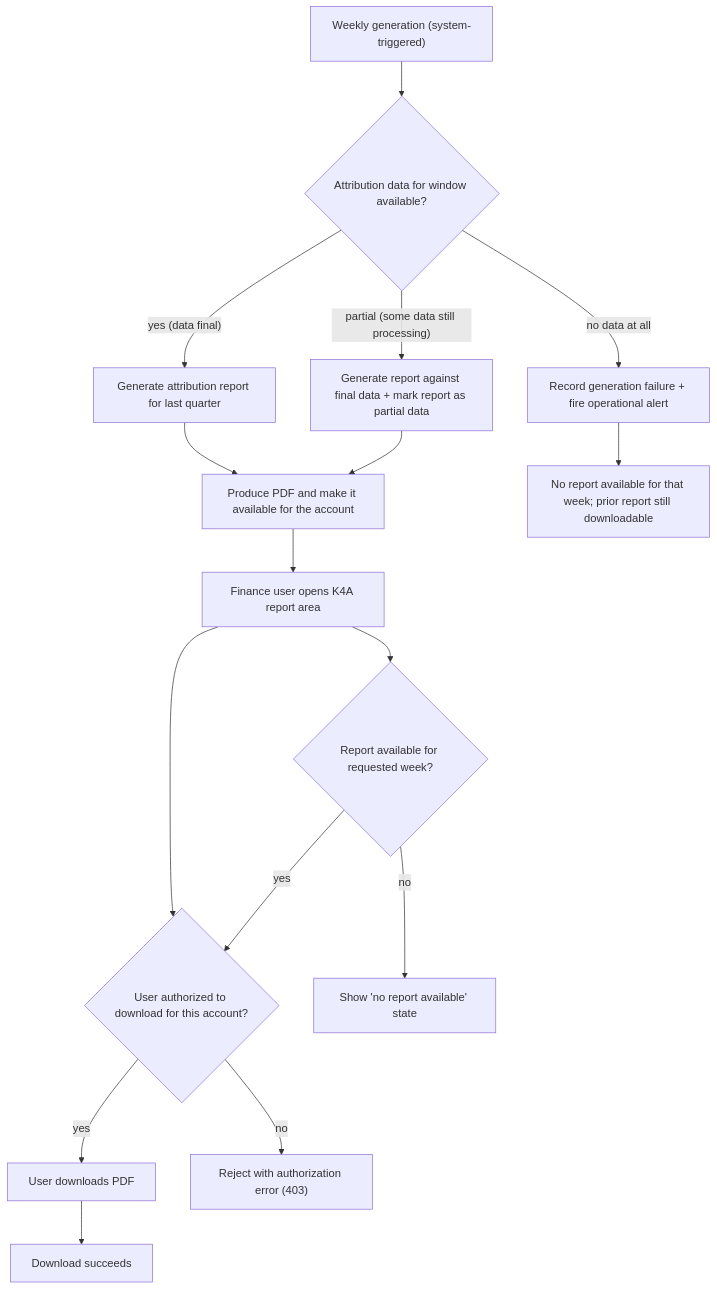
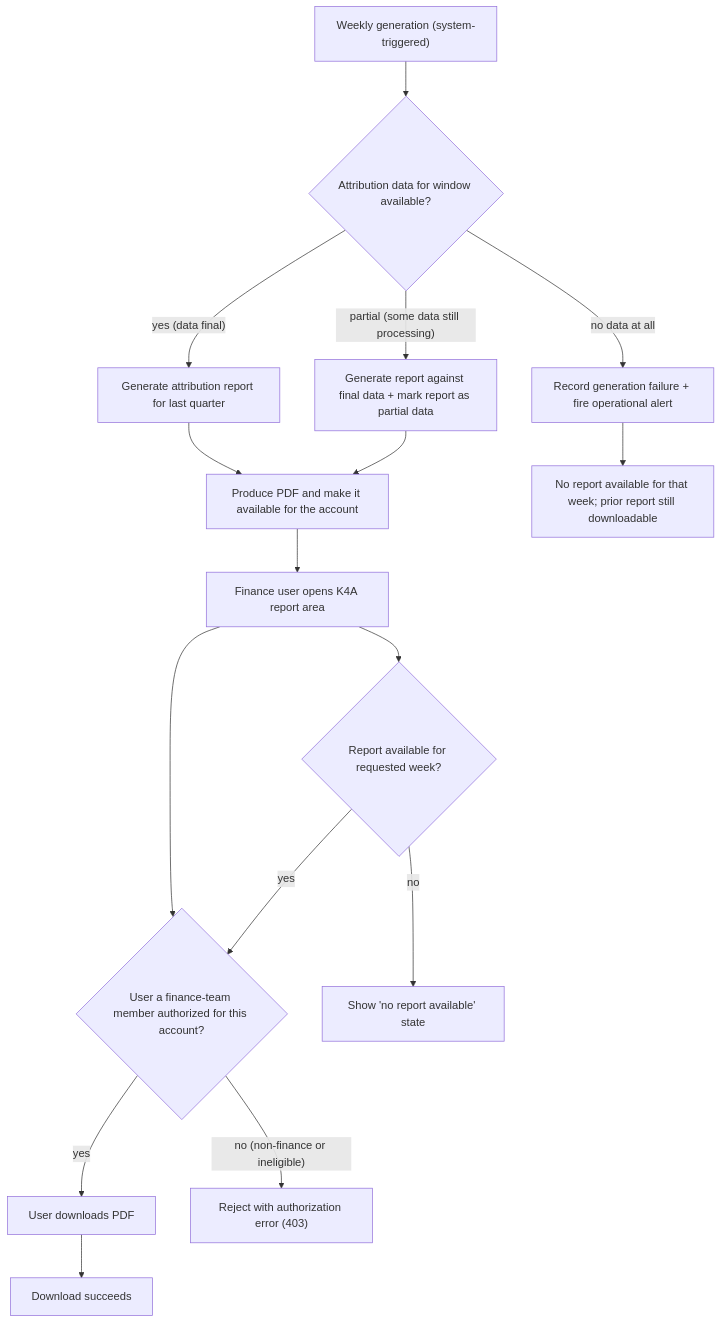
The diagram in docs/16-PRDs/072-k4a-add-weekly-attribution-report-pdf-download/product-spec.md (mayank-kochava/aisdlc-docs-sandbox), drawn with Mermaid before and after one commit. The commit also changed other lines of this file and 2 other files, not shown here.

````diff
--- a/docs/16-PRDs/072-k4a-add-weekly-attribution-report-pdf-download/product-spec.md
+++ b/docs/16-PRDs/072-k4a-add-weekly-attribution-report-pdf-download/product-spec.md
@@ -39,18 +39,18 @@
 ```mermaid
 flowchart TD
     A["Weekly generation (system-triggered)"] --> B{"Attribution data for window available?"}
     B -->|"yes (data final)"| C["Generate attribution report for last quarter"]
     B -->|"partial (some data still processing)"| D["Generate report against final data + mark report as partial data"]
     B -->|"no data at all"| E["Record generation failure + fire operational alert"]
     C --> F["Produce PDF and make it available for the account"]
     D --> F
     F --> G["Finance user opens K4A report area"]
-    G --> H{"User authorized to download for this account?"}
+    G --> H{"User a finance-team member authorized for this account?"}
     H -->|"yes"| I["User downloads PDF"]
-    H -->|"no"| J["Reject with authorization error (403)"]
+    H -->|"no (non-finance or ineligible)"| J["Reject with authorization error (403)"]
     I --> K["Download succeeds"]
     E --> L["No report available for that week; prior report still downloadable"]
     G --> M{"Report available for requested week?"}
     M -->|"no"| N["Show 'no report available' state"]
     M -->|"yes"| H
 ```
````
